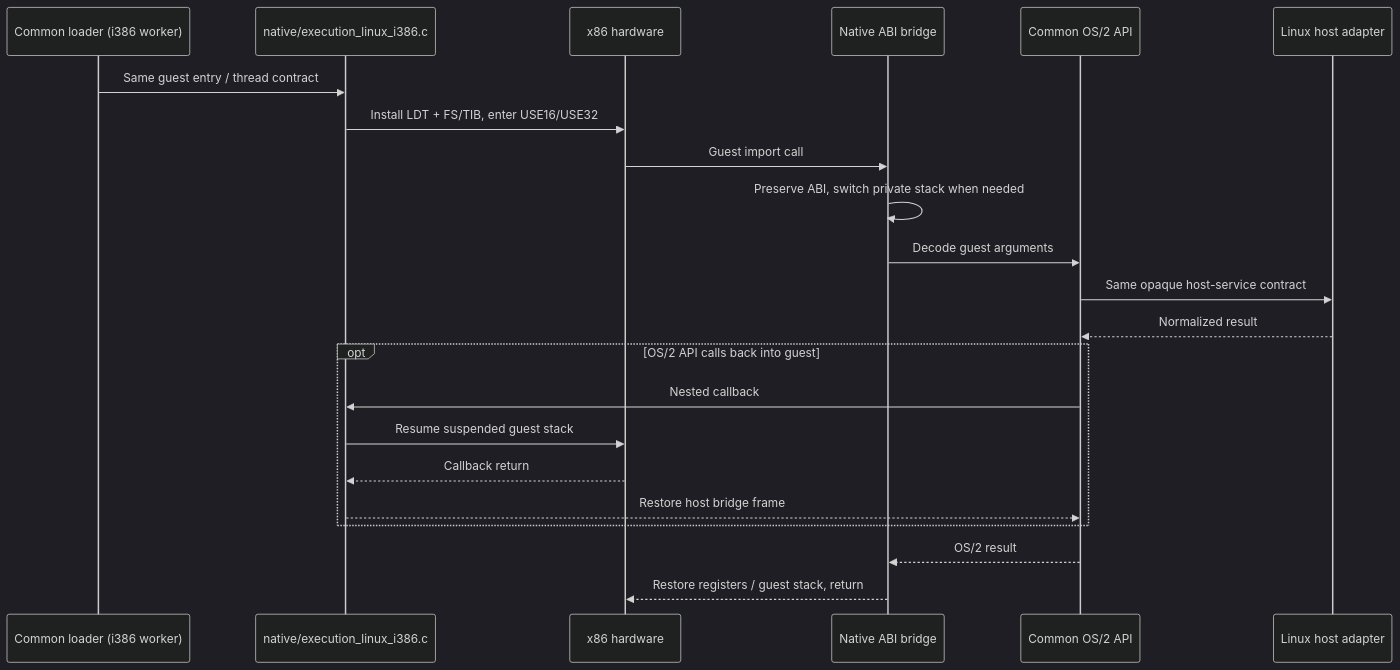
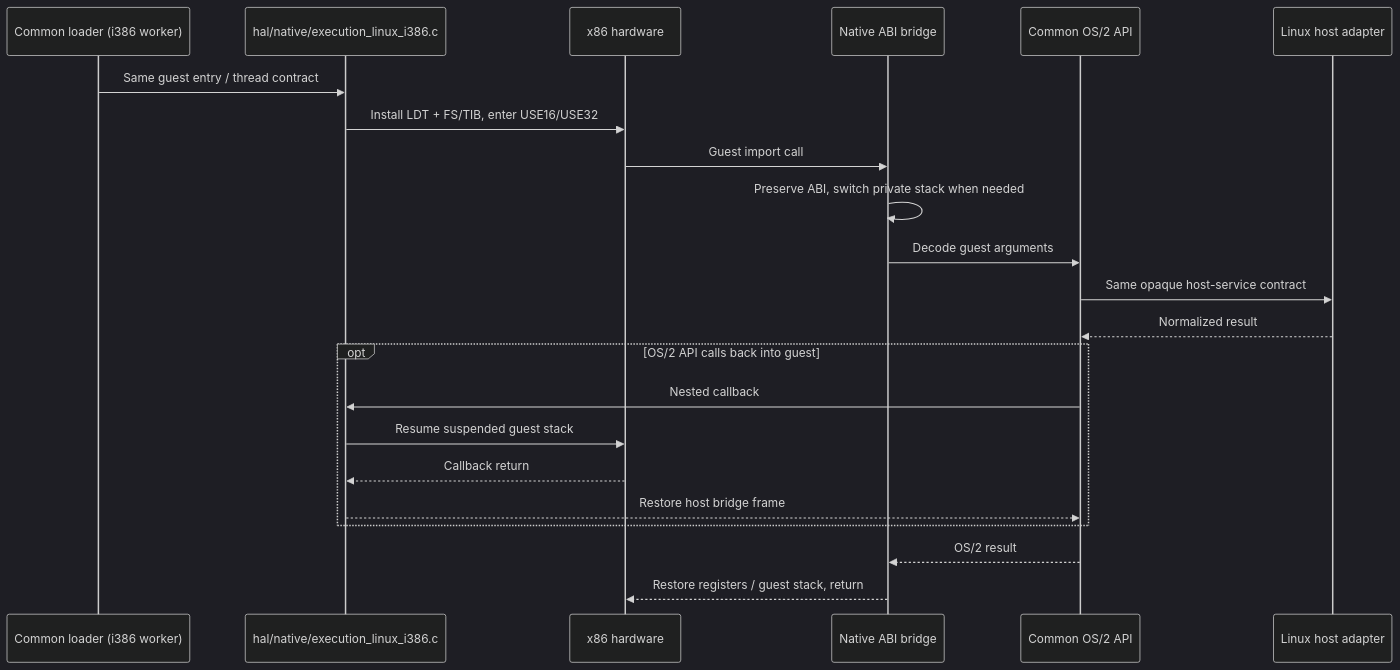
One commit to bitwisecook/2ine changed the fifth of 9 diagrams in docs/architecture.md. Above: the diagram before and after it, drawn with Mermaid (dark theme). The commit also changed other lines of this file and 27 other files, not shown here.

Commit message:
Move execution backends and host support into HAL

````diff
--- a/docs/architecture.md
+++ b/docs/architecture.md
@@ -110,24 +116,24 @@
 ```mermaid
 sequenceDiagram
     participant Loader as Common loader (i386 worker)
-    participant Exec as native/execution_linux_i386.c
+    participant Exec as hal/native/execution_linux_i386.c
     participant CPU as x86 hardware
     participant Bridge as Native ABI bridge
     participant API as Common OS/2 API
     participant Host as Linux host adapter
     Loader->>Exec: Same guest entry / thread contract
     Exec->>CPU: Install LDT + FS/TIB, enter USE16/USE32
     CPU->>Bridge: Guest import call
     Bridge->>Bridge: Preserve ABI, switch private stack when needed
     Bridge->>API: Decode guest arguments
     API->>Host: Same opaque host-service contract
     Host-->>API: Normalized result
     opt OS/2 API calls back into guest
         API->>Exec: Nested callback
         Exec->>CPU: Resume suspended guest stack
         CPU-->>Exec: Callback return
         Exec-->>API: Restore host bridge frame
     end
     API-->>Bridge: OS/2 result
     Bridge-->>CPU: Restore registers / guest stack, return
 ```
````
